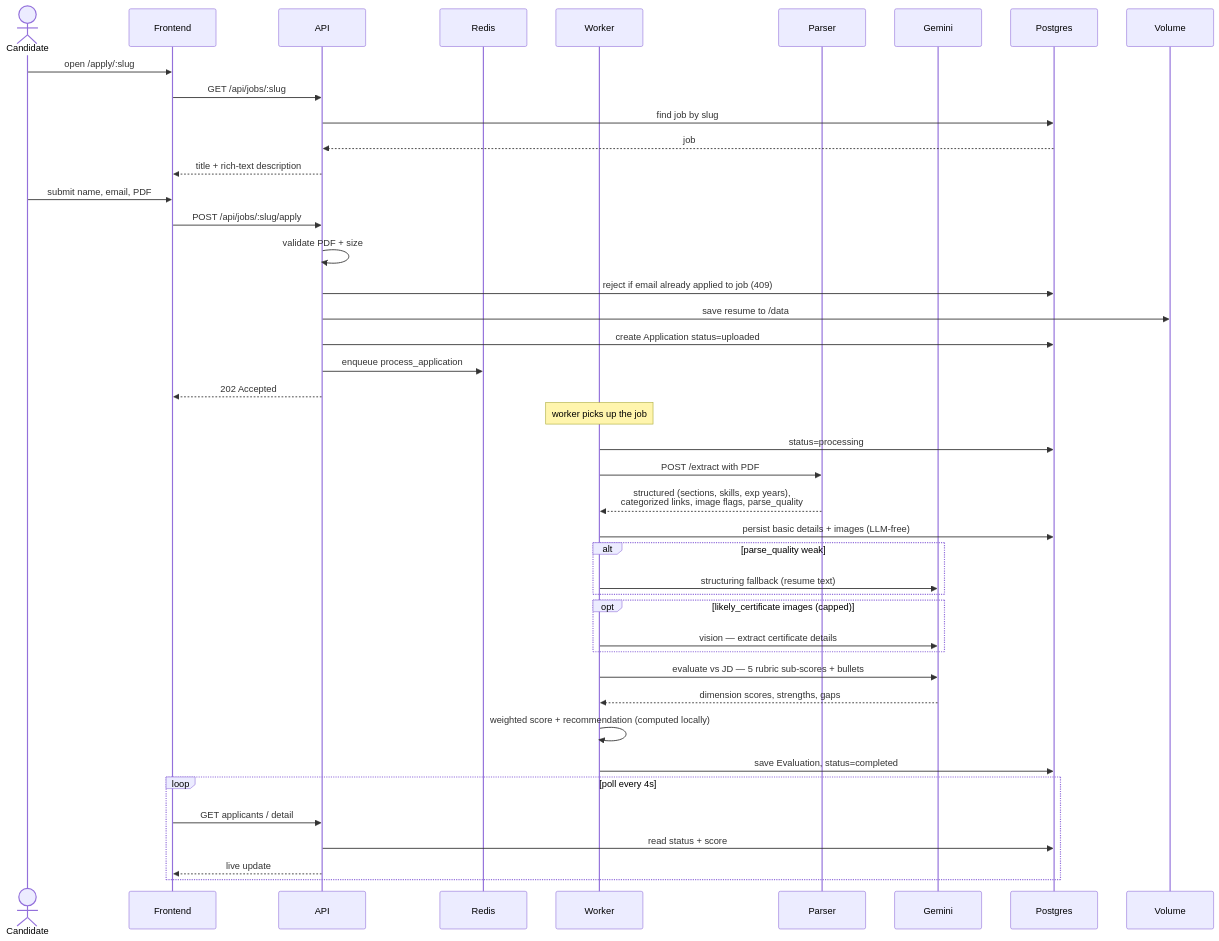
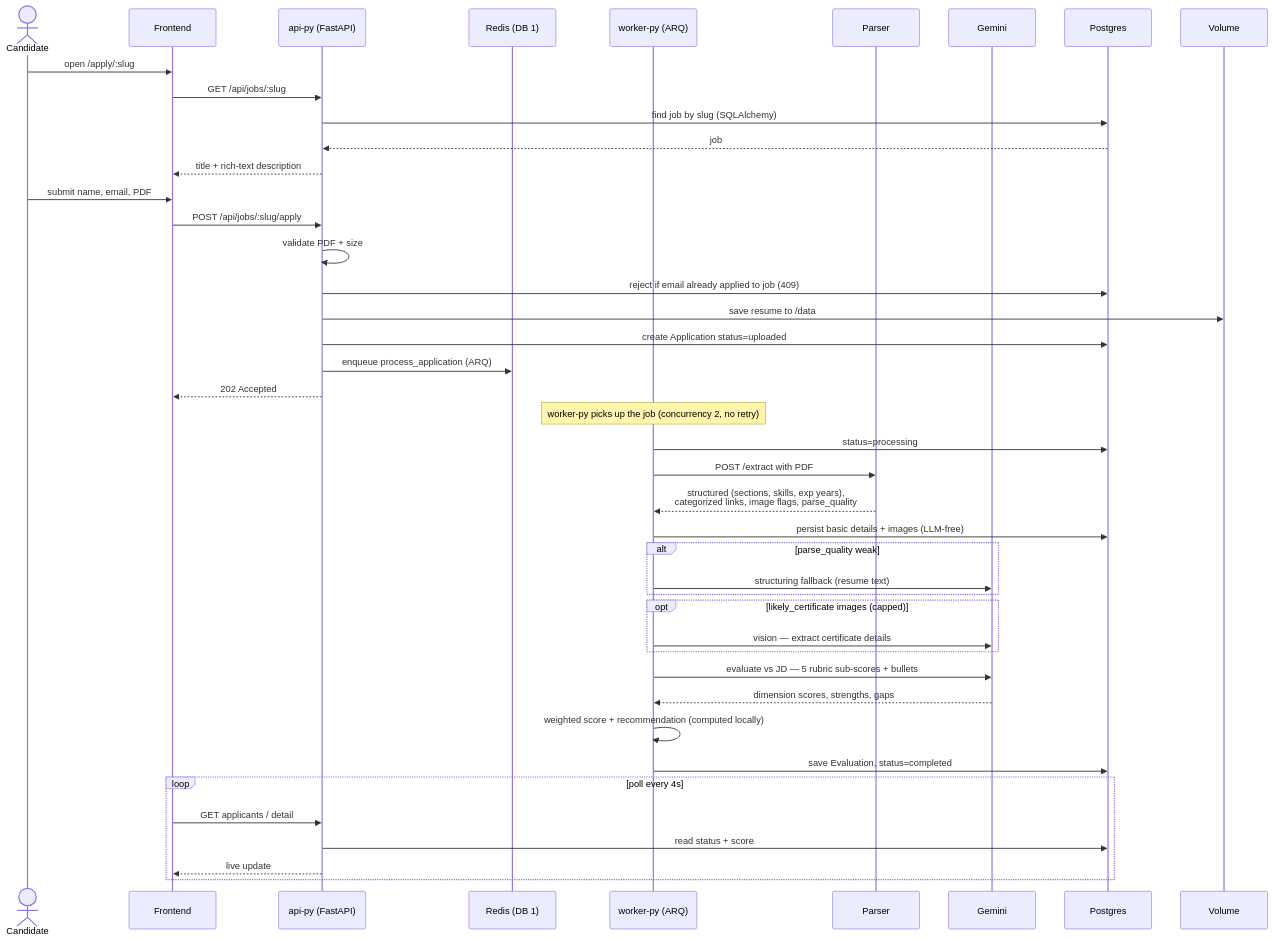
Before and after one commit to Lalit-001/ats-scorer: the second of 6 diagrams in docs/ARCHITECTURE.md, drawn with Mermaid. The commit also changed other lines of this file and 2 other files, not shown here.

````diff
--- a/docs/ARCHITECTURE.md
+++ b/docs/ARCHITECTURE.md
@@ -57,50 +75,50 @@
 ```mermaid
 sequenceDiagram
   actor C as Candidate
   participant FE as Frontend
-  participant API as API
-  participant RD as Redis
-  participant WK as Worker
+  participant API as api-py (FastAPI)
+  participant RD as Redis (DB 1)
+  participant WK as worker-py (ARQ)
   participant PR as Parser
   participant G as Gemini
   participant DB as Postgres
   participant VOL as Volume
 
   C->>FE: open /apply/:slug
   FE->>API: GET /api/jobs/:slug
-  API->>DB: find job by slug
+  API->>DB: find job by slug (SQLAlchemy)
   DB-->>API: job
   API-->>FE: title + rich-text description
 
   C->>FE: submit name, email, PDF
   FE->>API: POST /api/jobs/:slug/apply
   API->>API: validate PDF + size
   API->>DB: reject if email already applied to job (409)
   API->>VOL: save resume to /data
   API->>DB: create Application status=uploaded
-  API->>RD: enqueue process_application
+  API->>RD: enqueue process_application (ARQ)
   API-->>FE: 202 Accepted
 
-  Note over WK: worker picks up the job
+  Note over WK: worker-py picks up the job (concurrency 2, no retry)
   WK->>DB: status=processing
   WK->>PR: POST /extract with PDF
   PR-->>WK: structured (sections, skills, exp years),<br/>categorized links, image flags, parse_quality
   WK->>DB: persist basic details + images (LLM-free)
 
   alt parse_quality weak
     WK->>G: structuring fallback (resume text)
   end
   opt likely_certificate images (capped)
     WK->>G: vision — extract certificate details
   end
   WK->>G: evaluate vs JD — 5 rubric sub-scores + bullets
   G-->>WK: dimension scores, strengths, gaps
   WK->>WK: weighted score + recommendation (computed locally)
   WK->>DB: save Evaluation, status=completed
 
   loop poll every 4s
     FE->>API: GET applicants / detail
     API->>DB: read status + score
     API-->>FE: live update
   end
 ```
````
